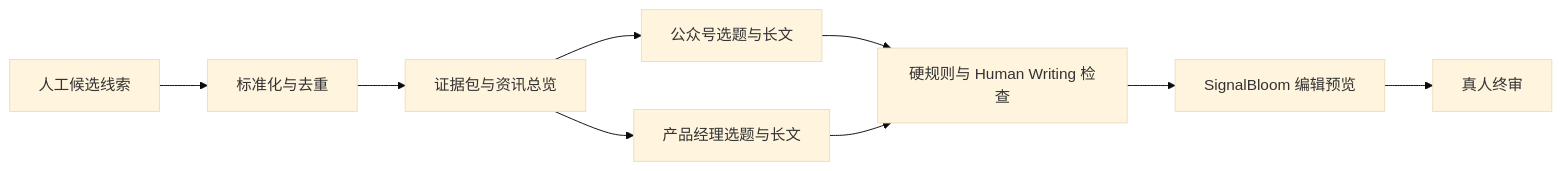
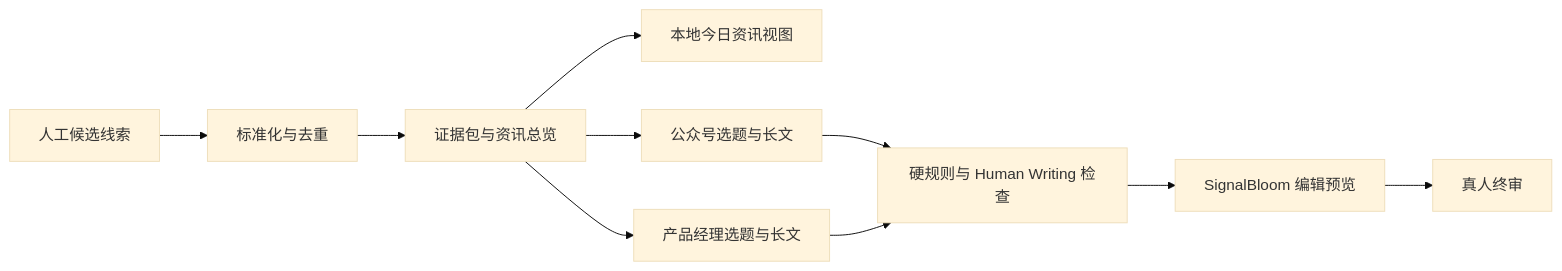
The diagram in README.md (Nahzzz77/signal-bloom), drawn with Mermaid (base theme) before and after one commit. The commit also changed other lines of this file and 5 other files, not shown here.

````diff
--- a/README.md
+++ b/README.md
@@ -21,11 +22,12 @@
 ```mermaid
 flowchart LR
     A[人工候选线索] --> B[标准化与去重]
     B --> C[证据包与资讯总览]
+    C --> R[本地今日资讯视图]
     C --> D1[公众号选题与长文]
     C --> D2[产品经理选题与长文]
     D1 --> E[硬规则与 Human Writing 检查]
     D2 --> E
     E --> F[SignalBloom 编辑预览]
     F --> G[真人终审]
 ```
````
